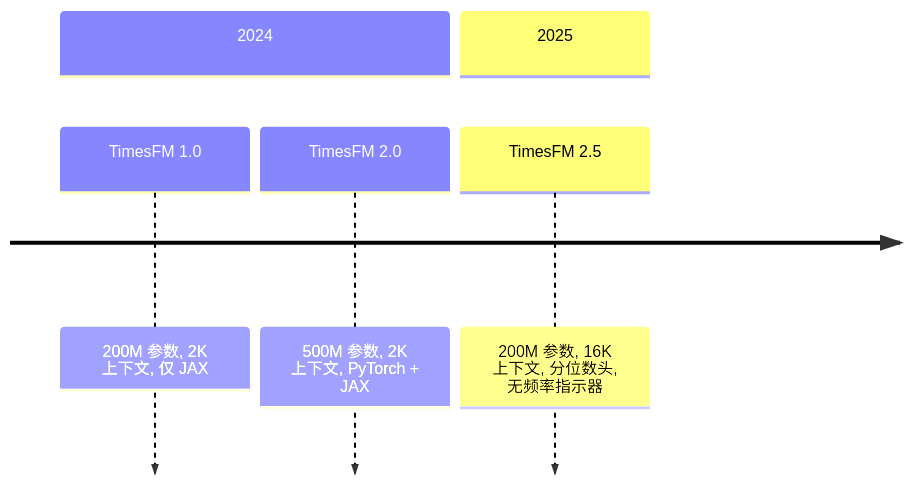
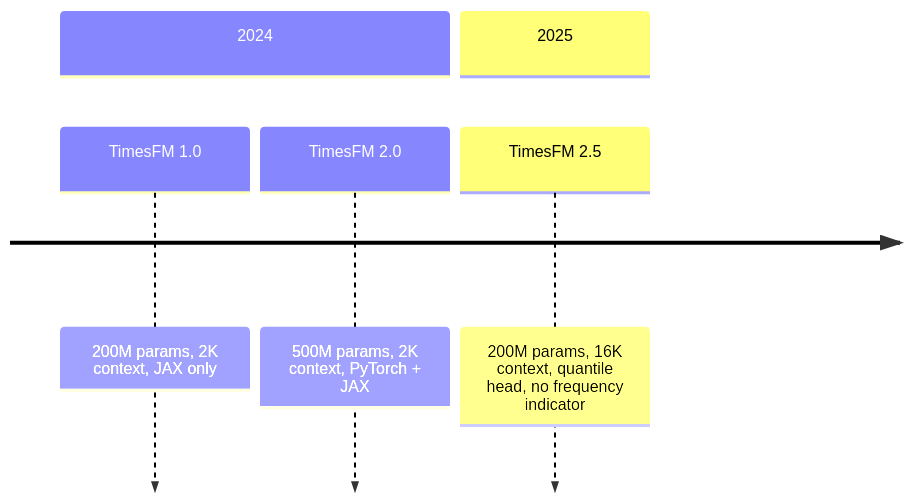
The fourth of 4 diagrams in claude-scientific-skills/scientific-skills/timesfm-forecasting/SKILL_CN.md (lingxling/awesome-skills-cn), drawn with Mermaid before and after one commit. The commit also changed other lines of this file and 2108 other files, not shown here.

````diff
--- a/claude-scientific-skills/scientific-skills/timesfm-forecasting/SKILL_CN.md
+++ b/claude-scientific-skills/scientific-skills/timesfm-forecasting/SKILL_CN.md
@@ -643,11 +654,11 @@
 ```mermaid
 timeline
-    accTitle: TimesFM 版本历史
-    accDescr: TimesFM 模型发布的时间线，显示参数计数和关键改进。
+    accTitle: TimesFM Version History
+    accDescr: Timeline of TimesFM model releases showing parameter counts and key improvements.
 
     section 2024
-        TimesFM 1.0 : 200M 参数, 2K 上下文, 仅 JAX
-        TimesFM 2.0 : 500M 参数, 2K 上下文, PyTorch + JAX
+        TimesFM 1.0 : 200M params, 2K context, JAX only
+        TimesFM 2.0 : 500M params, 2K context, PyTorch + JAX
     section 2025
-        TimesFM 2.5 : 200M 参数, 16K 上下文, 分位数头, 无频率指示器
+        TimesFM 2.5 : 200M params, 16K context, quantile head, no frequency indicator
 ```
````
